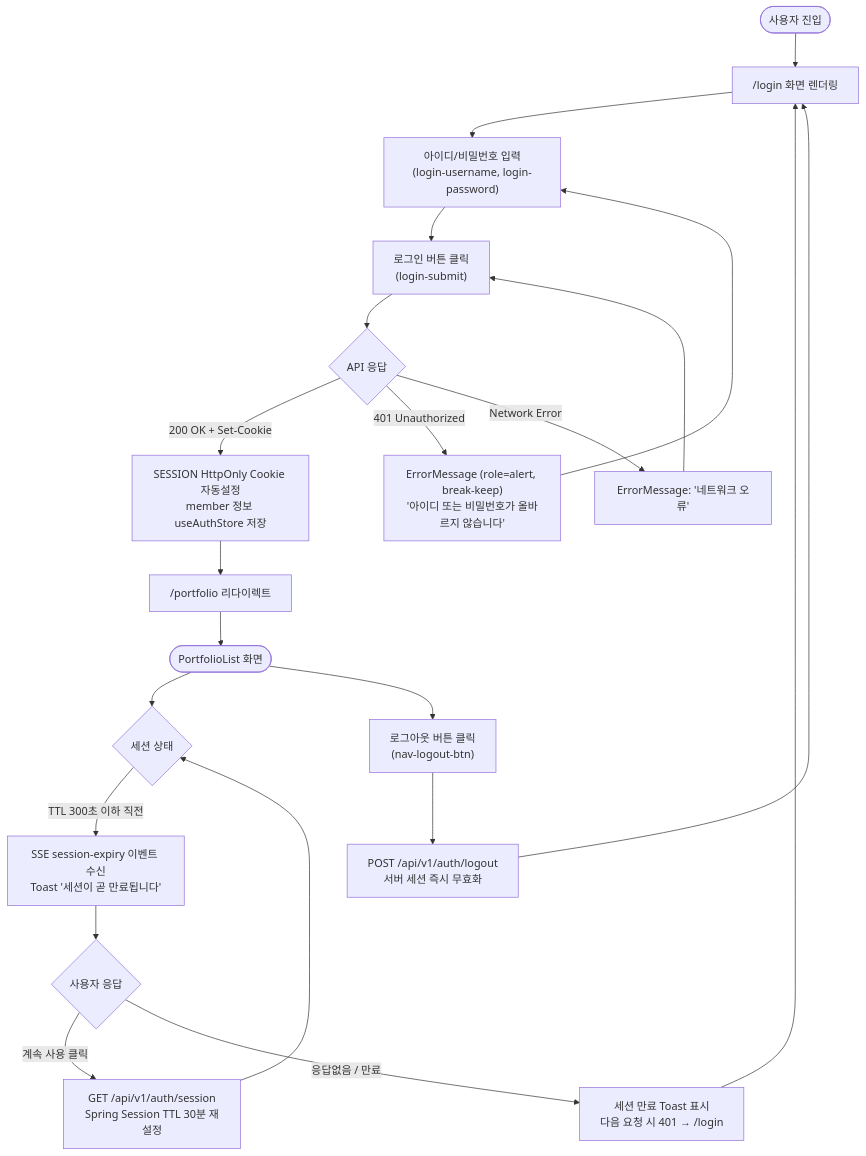
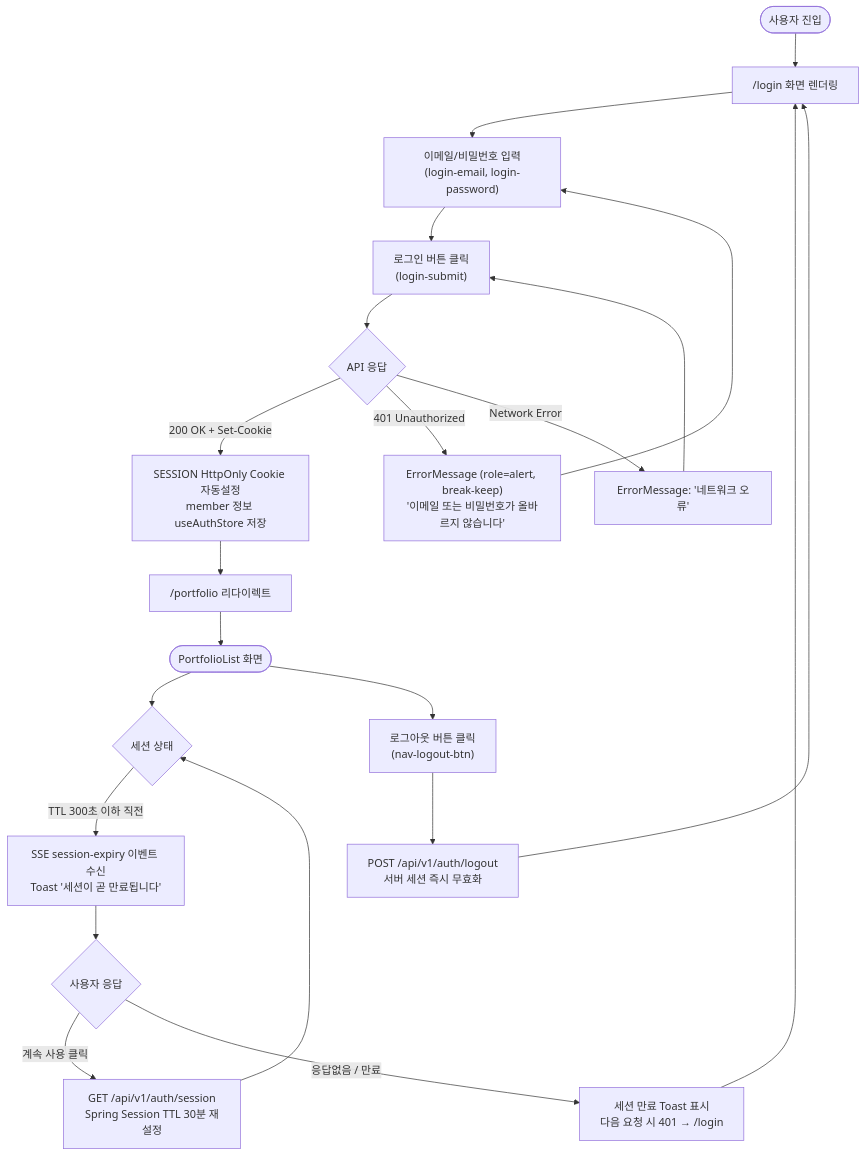
One commit to DoYouLikeFIx/FIXYZ changed the first of 4 diagrams in _bmad-output/planning-artifacts/ux-design-specification.md. Above: the diagram before and after it, drawn with Mermaid. The commit also changed other lines of this file and 10 other files, not shown here.

Commit message:
refactor: Replace username with email in authentication flows and related documentation

````diff
--- a/_bmad-output/planning-artifacts/ux-design-specification.md
+++ b/_bmad-output/planning-artifacts/ux-design-specification.md
@@ -1315,26 +1315,26 @@
 ```mermaid
 flowchart TD
     A([사용자 진입]) --> B["/login 화면 렌더링"]
-    B --> C["아이디/비밀번호 입력\n(login-username, login-password)"]
+    B --> C["이메일/비밀번호 입력\n(login-email, login-password)"]
     C --> D["로그인 버튼 클릭\n(login-submit)"]
     D --> E{API 응답}
     E -->|200 OK + Set-Cookie| F["SESSION HttpOnly Cookie 자동설정\nmember 정보 useAuthStore 저장"]
     F --> G["/portfolio 리다이렉트"]
     G --> H([PortfolioList 화면])
-    E -->|401 Unauthorized| I["ErrorMessage (role=alert, break-keep)\n'아이디 또는 비밀번호가 올바르지 않습니다'"]
+    E -->|401 Unauthorized| I["ErrorMessage (role=alert, break-keep)\n'이메일 또는 비밀번호가 올바르지 않습니다'"]
     I --> C
     E -->|Network Error| J["ErrorMessage: '네트워크 오류'"]
     J --> D
 
     H --> K{세션 상태}
     K -->|TTL 300초 이하 직전| L["SSE session-expiry 이벤트 수신\nToast '세션이 곧 만료됩니다'"]
     L --> M{사용자 응답}
     M -->|"계속 사용" 클릭| MA["GET /api/v1/auth/session\nSpring Session TTL 30분 재설정"]
     MA --> K
     M -->|응답없음 / 만료| N["세션 만료 Toast 표시\n다음 요청 시 401 → /login"]
     N --> B
 
     H --> LO["로그아웃 버튼 클릭\n(nav-logout-btn)"]
     LO --> P["POST /api/v1/auth/logout\n서버 세션 즉시 무효화"]
     P --> B
 ```
````
